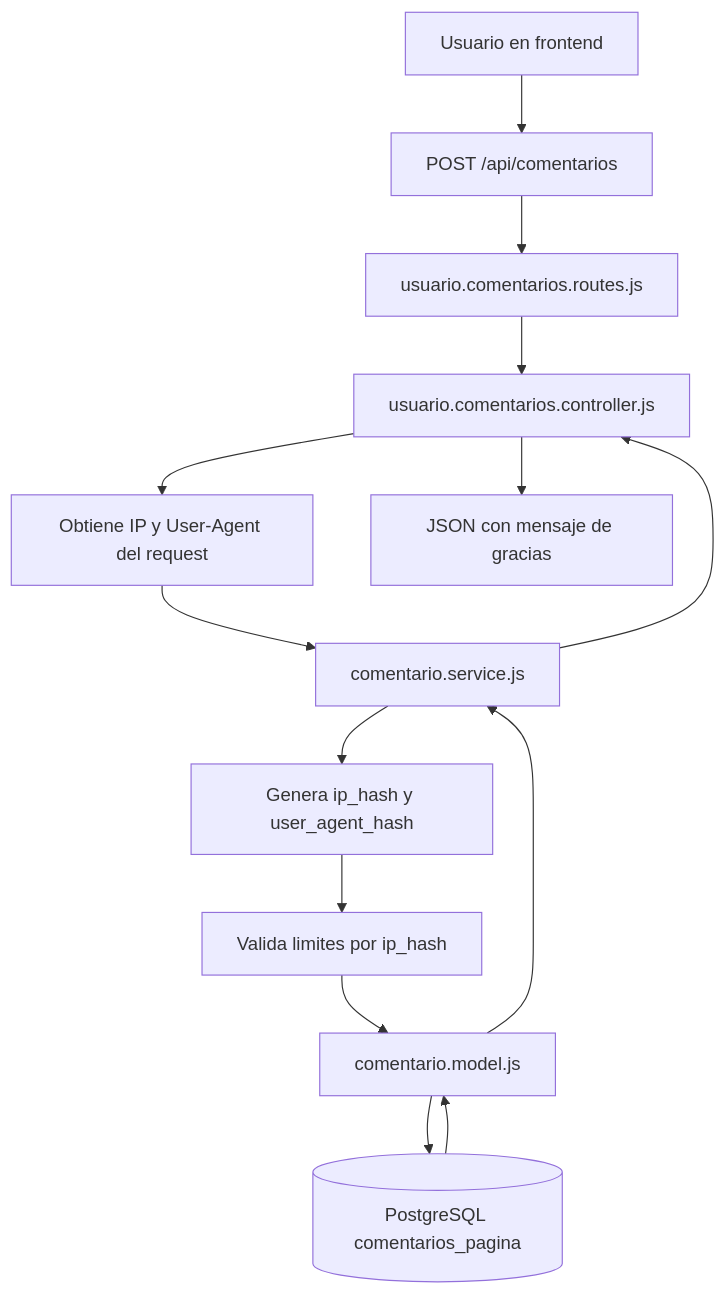
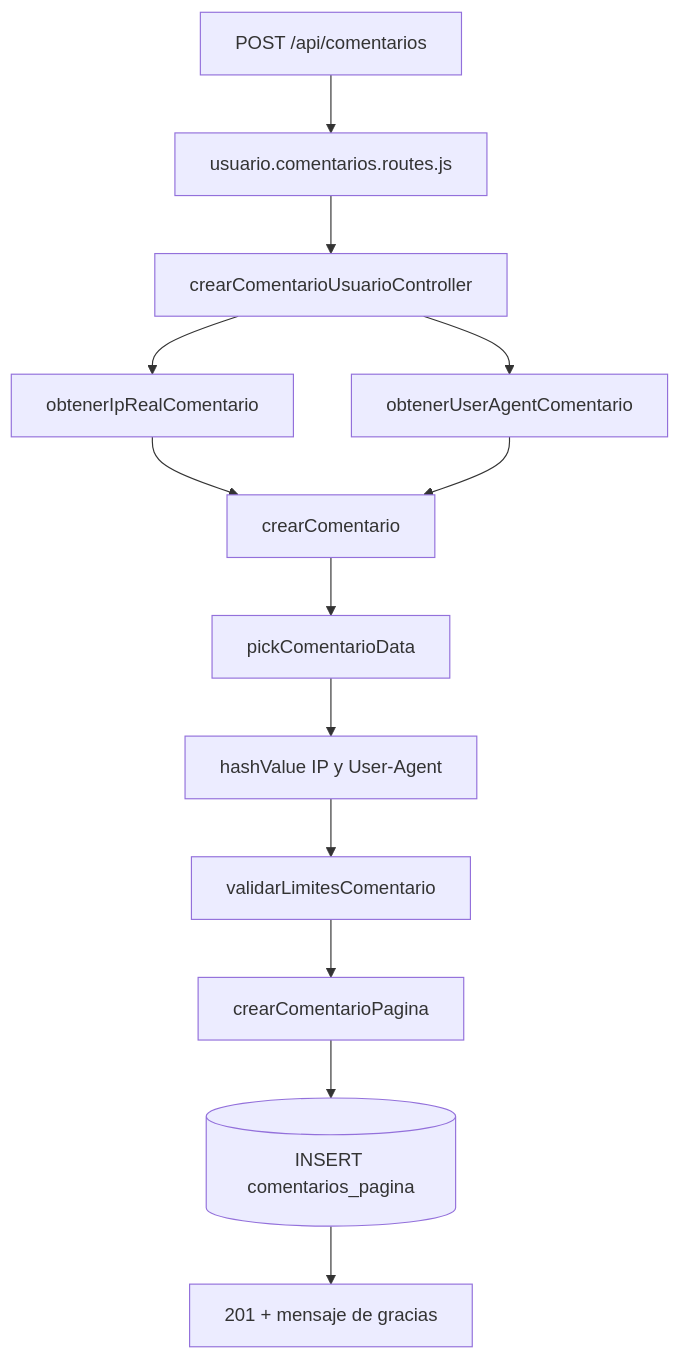
One commit to BrandonAlbertt/ecommerce-sosaimpor-api changed the sixth of 8 diagrams in documentacion/GUIA_COMENTARIOS_PAGINA.md. Above: the diagram before and after it, drawn with Mermaid. The commit also changed other lines of this file and 51 other files, not shown here.

````diff
--- a/documentacion/GUIA_COMENTARIOS_PAGINA.md
+++ b/documentacion/GUIA_COMENTARIOS_PAGINA.md
@@ -286,16 +314,15 @@
 ```mermaid
 flowchart TD
-  A[Usuario en frontend] --> B[POST /api/comentarios]
-  B --> C[usuario.comentarios.routes.js]
-  C --> D[usuario.comentarios.controller.js]
-  D --> E[Obtiene IP y User-Agent del request]
-  E --> F[comentario.service.js]
-  F --> G[Genera ip_hash y user_agent_hash]
-  G --> H[Valida limites por ip_hash]
-  H --> I[comentario.model.js]
-  I --> J[(PostgreSQL comentarios_pagina)]
-  J --> I
-  I --> F
-  F --> D
-  D --> K[JSON con mensaje de gracias]
+  A[POST /api/comentarios] --> B[usuario.comentarios.routes.js]
+  B --> C[crearComentarioUsuarioController]
+  C --> D[obtenerIpRealComentario]
+  C --> E[obtenerUserAgentComentario]
+  D --> F[crearComentario]
+  E --> F
+  F --> G[pickComentarioData]
+  G --> H[hashValue IP y User-Agent]
+  H --> I[validarLimitesComentario]
+  I --> J[crearComentarioPagina]
+  J --> K[(INSERT comentarios_pagina)]
+  K --> L[201 + mensaje de gracias]
 ```
````
